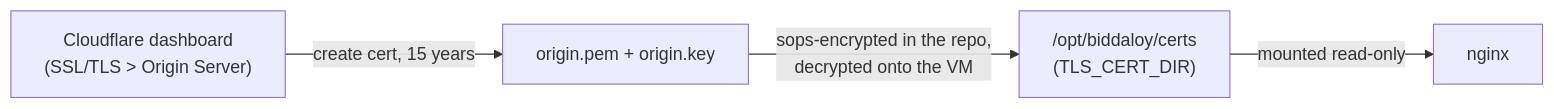
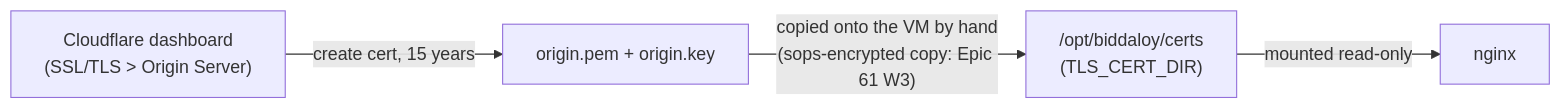
The tenth of 10 diagrams in README.md (tareq89/biddaloy), drawn with Mermaid before and after one commit. The commit also changed other lines of this file and 17 other files, not shown here.

````diff
--- a/README.md
+++ b/README.md
@@ -1115,6 +1115,6 @@
 ```mermaid
 flowchart LR
     CF["Cloudflare dashboard\n(SSL/TLS > Origin Server)"] -->|"create cert, 15 years"| files["origin.pem + origin.key"]
-    files -->|"sops-encrypted in the repo,\ndecrypted onto the VM"| dir["/opt/biddaloy/certs\n(TLS_CERT_DIR)"]
+    files -->|"copied onto the VM by hand\n(sops-encrypted copy: Epic 61 W3)"| dir["/opt/biddaloy/certs\n(TLS_CERT_DIR)"]
     dir -->|"mounted read-only"| nginx
 ```
````
